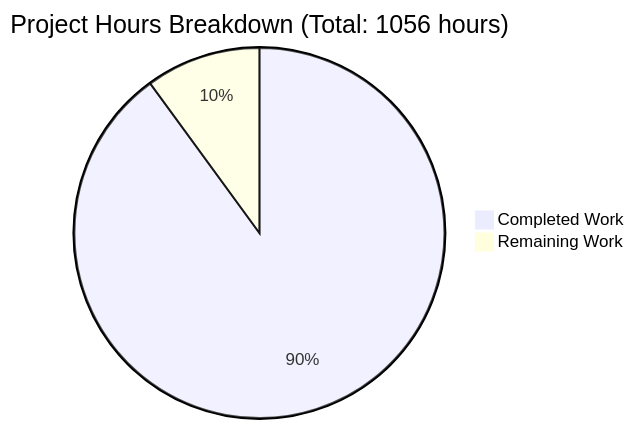
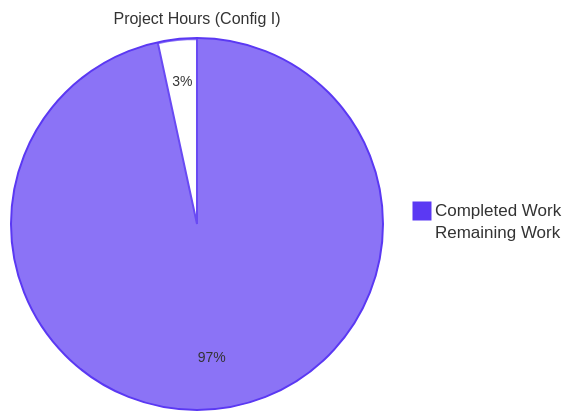
The second of 3 diagrams in blitzy/documentation/Project Guide.md (blitzy-public-samples/blitzy-tgr-dnsmasq-rust), drawn with Mermaid before and after one commit. The commit also changed other lines of this file, not shown here.

Commit message:
Adding Blitzy Project Guide: Project Status and Human Tasks Remaining

````diff
--- a/blitzy/documentation/Project Guide.md
+++ b/blitzy/documentation/Project Guide.md
@@ -64,5 +247,6 @@
 ```mermaid
-pie title Project Hours Breakdown (Total: 1056 hours)
-    "Completed Work" : 950
-    "Remaining Work" : 106
+%%{init: {'theme':'base','themeVariables':{'pie1':'#5B39F3','pie2':'#FFFFFF','pieStrokeColor':'#5B39F3','pieStrokeWidth':'2px','pieOuterStrokeColor':'#5B39F3','pieOuterStrokeWidth':'2px','pieTitleTextSize':'16px','pieSectionTextSize':'14px'}}}%%
+pie title Project Hours (Config I)
+    "Completed Work" : 114
+    "Remaining Work" : 4
 ```
````
